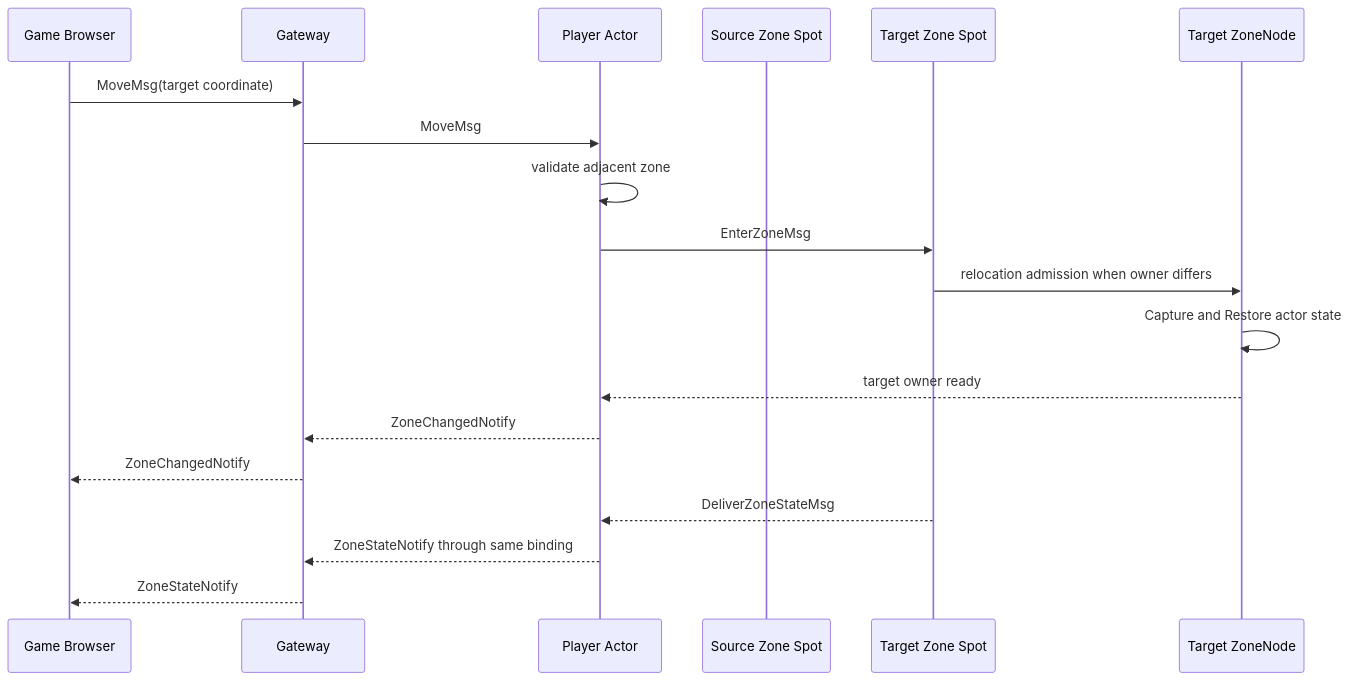
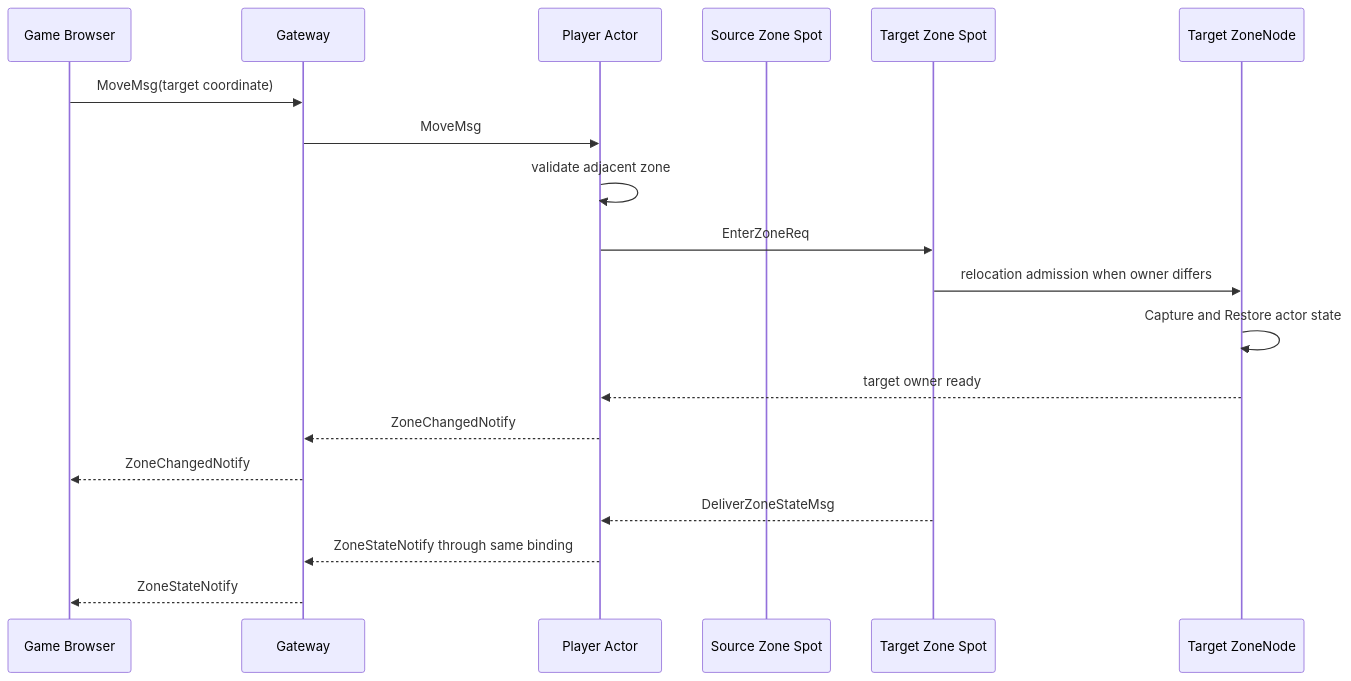
The third of 4 diagrams in framework/doc/framework/common/sample/zoneworld/README.en.md (zlink-systems/zlink), drawn with Mermaid before and after one commit. The commit also changed other lines of this file and 1642 other files, not shown here.

````diff
--- a/framework/doc/framework/common/sample/zoneworld/README.en.md
+++ b/framework/doc/framework/common/sample/zoneworld/README.en.md
@@ -428,22 +428,22 @@
 ```mermaid
 sequenceDiagram
     participant C as Game Browser
     participant G as Gateway
     participant A as Player Actor
     participant S as Source Zone Spot
     participant T as Target Zone Spot
     participant N as Target ZoneNode
 
     C->>G: MoveMsg(target coordinate)
     G->>A: MoveMsg
     A->>A: validate adjacent zone
-    A->>T: EnterZoneMsg
+    A->>T: EnterZoneReq
     T->>N: relocation admission when owner differs
     N->>N: Capture and Restore actor state
     N-->>A: target owner ready
     A-->>G: ZoneChangedNotify
     G-->>C: ZoneChangedNotify
     T-->>A: DeliverZoneStateMsg
     A-->>G: ZoneStateNotify through same binding
     G-->>C: ZoneStateNotify
 ```
````
